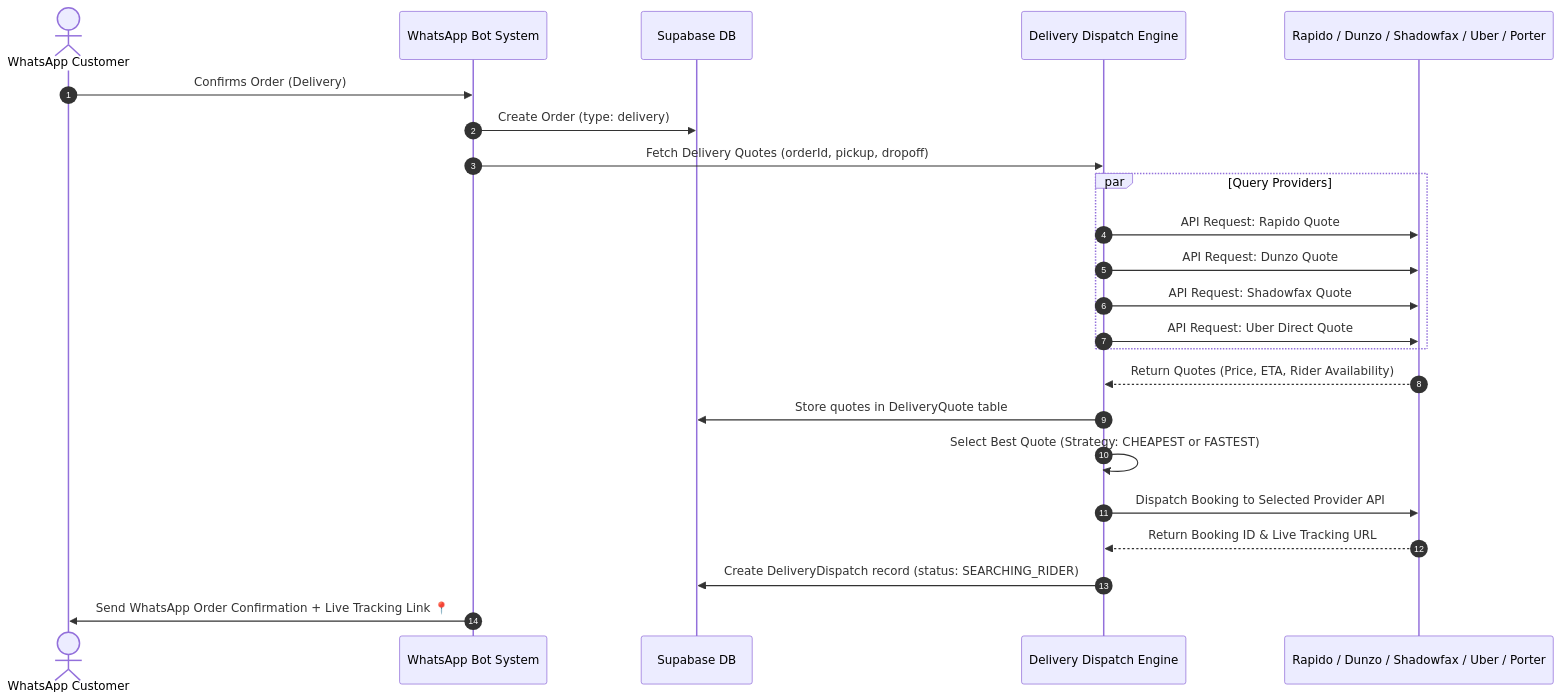
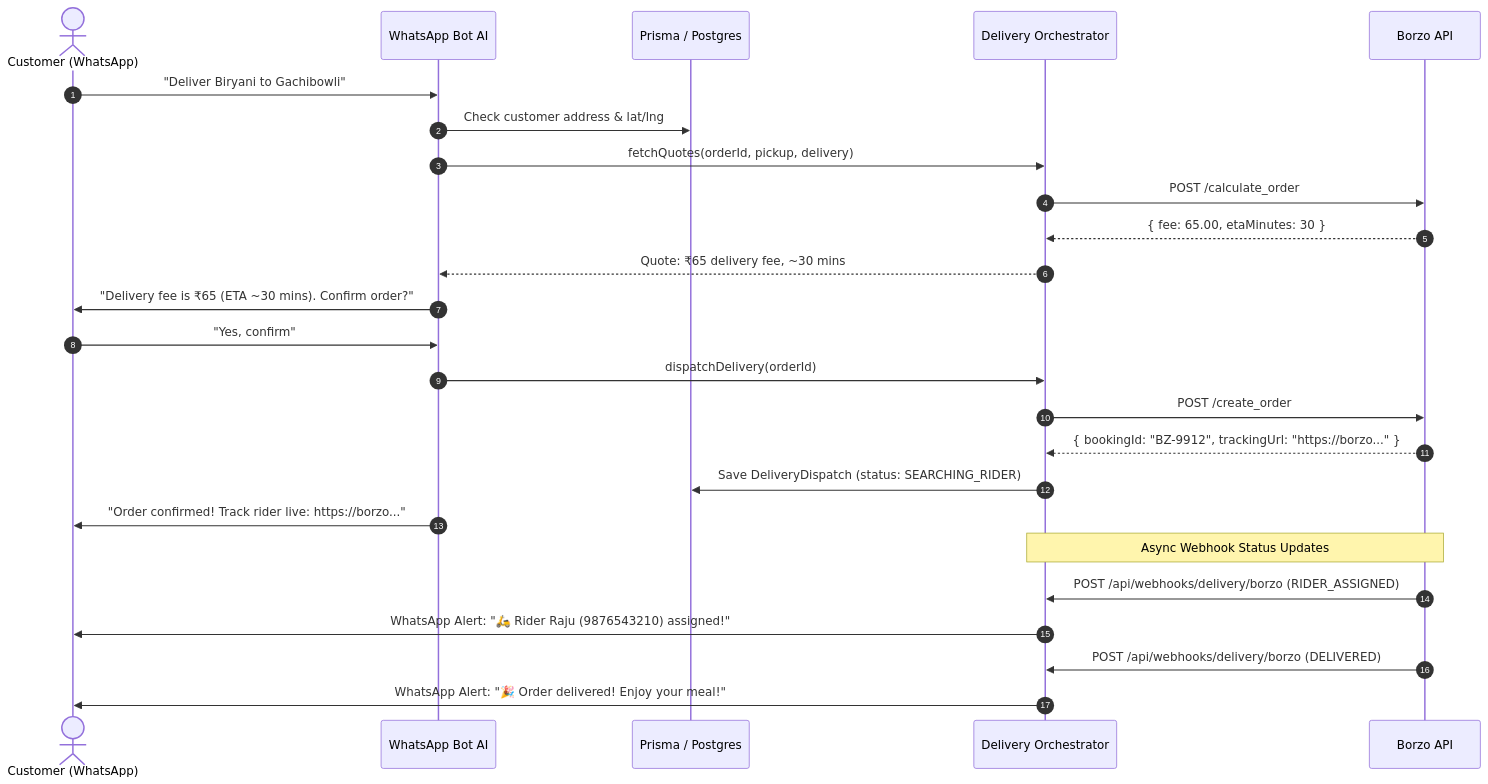
One commit to nencoderavtha/whatsapp-bot changed the diagram in docs/DELIVERY_INTEGRATION.md. Above: the diagram before and after it, drawn with Mermaid. The commit also changed other lines of this file and 19 other files, not shown here.

````diff
--- a/docs/DELIVERY_INTEGRATION.md
+++ b/docs/DELIVERY_INTEGRATION.md
@@ -9,30 +323,29 @@
 ```mermaid
 sequenceDiagram
     autonumber
-    actor Customer as WhatsApp Customer
-    participant Bot as WhatsApp Bot System
-    participant DB as Supabase DB
-    participant Engine as Delivery Dispatch Engine
-    participant Providers as Rapido / Dunzo / Shadowfax / Uber / Porter
+    actor Customer as Customer (WhatsApp)
+    participant Bot as WhatsApp Bot AI
+    participant DB as Prisma / Postgres
+    participant DeliveryService as Delivery Orchestrator
+    participant Borzo as Borzo API
 
-    Customer->>Bot: Confirms Order (Delivery)
-    Bot->>DB: Create Order (type: delivery)
-    Bot->>Engine: Fetch Delivery Quotes (orderId, pickup, dropoff)
+    Customer->>Bot: "Deliver Biryani to Gachibowli"
+    Bot->>DB: Check customer address & lat/lng
+    Bot->>DeliveryService: fetchQuotes(orderId, pickup, delivery)
+    DeliveryService->>Borzo: POST /calculate_order
+    Borzo-->>DeliveryService: { fee: 65.00, etaMinutes: 30 }
+    DeliveryService-->>Bot: Quote: ₹65 delivery fee, ~30 mins
+    Bot->>Customer: "Delivery fee is ₹65 (ETA ~30 mins). Confirm order?"
+    Customer->>Bot: "Yes, confirm"
+    Bot->>DeliveryService: dispatchDelivery(orderId)
+    DeliveryService->>Borzo: POST /create_order
+    Borzo-->>DeliveryService: { bookingId: "BZ-9912", trackingUrl: "https://borzo..." }
+    DeliveryService->>DB: Save DeliveryDispatch (status: SEARCHING_RIDER)
+    Bot->>Customer: "Order confirmed! Track rider live: https://borzo..."
     
-    par Query Providers
-        Engine->>Providers: API Request: Rapido Quote
-        Engine->>Providers: API Request: Dunzo Quote
-        Engine->>Providers: API Request: Shadowfax Quote
-        Engine->>Providers: API Request: Uber Direct Quote
-    end
-
-    Providers-->>Engine: Return Quotes (Price, ETA, Rider Availability)
-    Engine->>DB: Store quotes in DeliveryQuote table
-    Engine->>Engine: Select Best Quote (Strategy: CHEAPEST or FASTEST)
-    
-    Engine->>Providers: Dispatch Booking to Selected Provider API
-    Providers-->>Engine: Return Booking ID & Live Tracking URL
-    Engine->>DB: Create DeliveryDispatch record (status: SEARCHING_RIDER)
-    
-    Bot->>Customer: Send WhatsApp Order Confirmation + Live Tracking Link 📍
+    Note over Borzo, DeliveryService: Async Webhook Status Updates
+    Borzo->>DeliveryService: POST /api/webhooks/delivery/borzo (RIDER_ASSIGNED)
+    DeliveryService->>Customer: WhatsApp Alert: "🛵 Rider Raju (9876543210) assigned!"
+    Borzo->>DeliveryService: POST /api/webhooks/delivery/borzo (DELIVERED)
+    DeliveryService->>Customer: WhatsApp Alert: "🎉 Order delivered! Enjoy your meal!"
 ```
````
